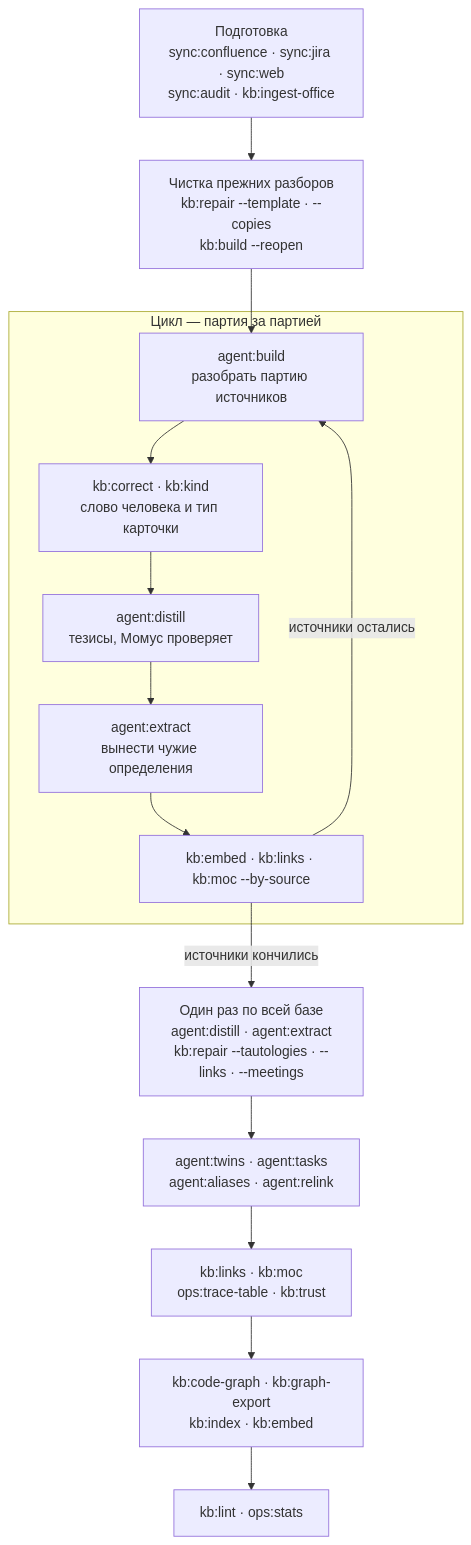
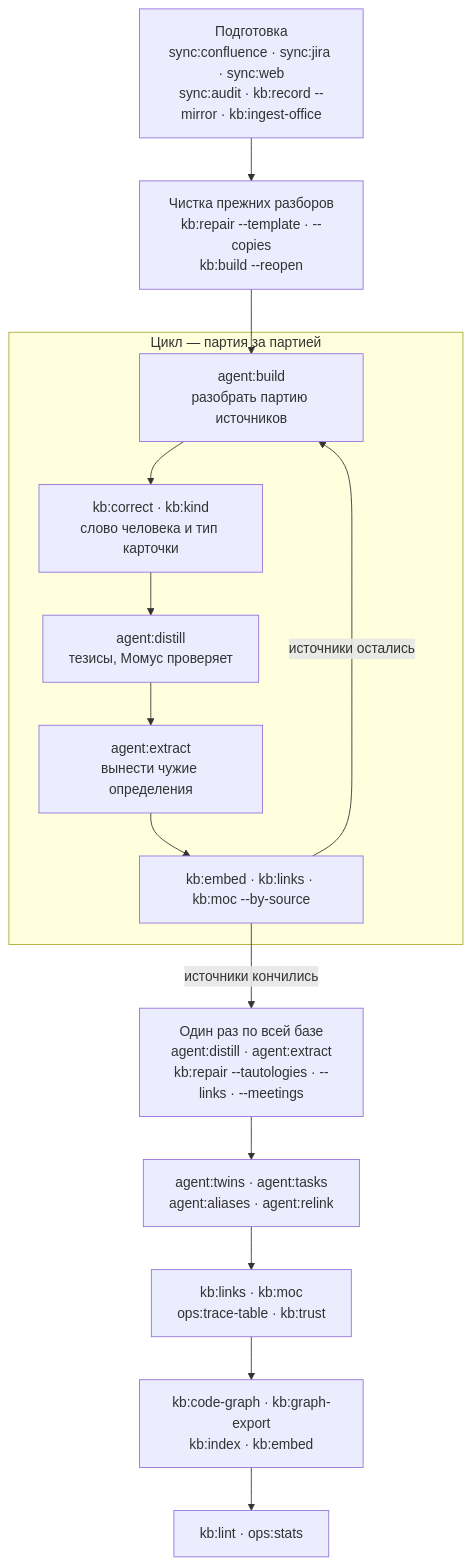
Before and after one commit to VVG-web/aurora-studio: the second of 4 diagrams in docs/lifecycle.md, drawn with Mermaid. The commit also changed other lines of this file and 18 other files, not shown here.

````diff
--- a/docs/lifecycle.md
+++ b/docs/lifecycle.md
@@ -86,17 +86,17 @@
 ```mermaid
 flowchart TD
-  A["Подготовка<br>sync:confluence · sync:jira · sync:web<br>sync:audit · kb:ingest-office"] --> B["Чистка прежних разборов<br>kb:repair --template · --copies<br>kb:build --reopen"]
+  A["Подготовка<br>sync:confluence · sync:jira · sync:web<br>sync:audit · kb:record --mirror · kb:ingest-office"] --> B["Чистка прежних разборов<br>kb:repair --template · --copies<br>kb:build --reopen"]
   B --> C
   subgraph LOOP["Цикл — партия за партией"]
     C["agent:build<br>разобрать партию источников"] --> D["kb:correct · kb:kind<br>слово человека и тип карточки"]
     D --> E["agent:distill<br>тезисы, Момус проверяет"]
     E --> F["agent:extract<br>вынести чужие определения"]
     F --> G["kb:embed · kb:links · kb:moc --by-source"]
   end
   G -->|"источники остались"| C
   G -->|"источники кончились"| H
   H["Один раз по всей базе<br>agent:distill · agent:extract<br>kb:repair --tautologies · --links · --meetings"] --> I["agent:twins · agent:tasks<br>agent:aliases · agent:relink"]
   I --> J["kb:links · kb:moc<br>ops:trace-table · kb:trust"]
   J --> K["kb:code-graph · kb:graph-export<br>kb:index · kb:embed"]
   K --> L["kb:lint · ops:stats"]
 ```
````
